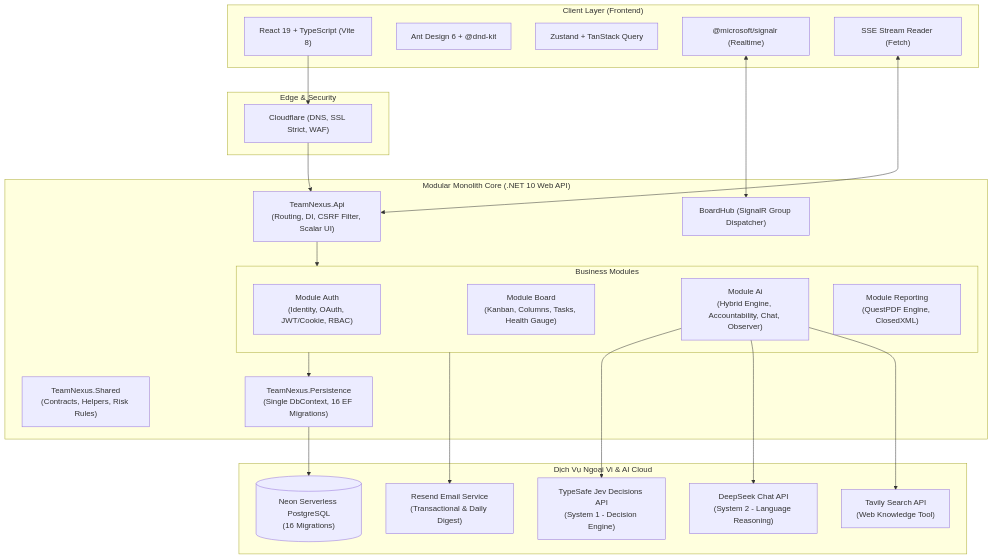
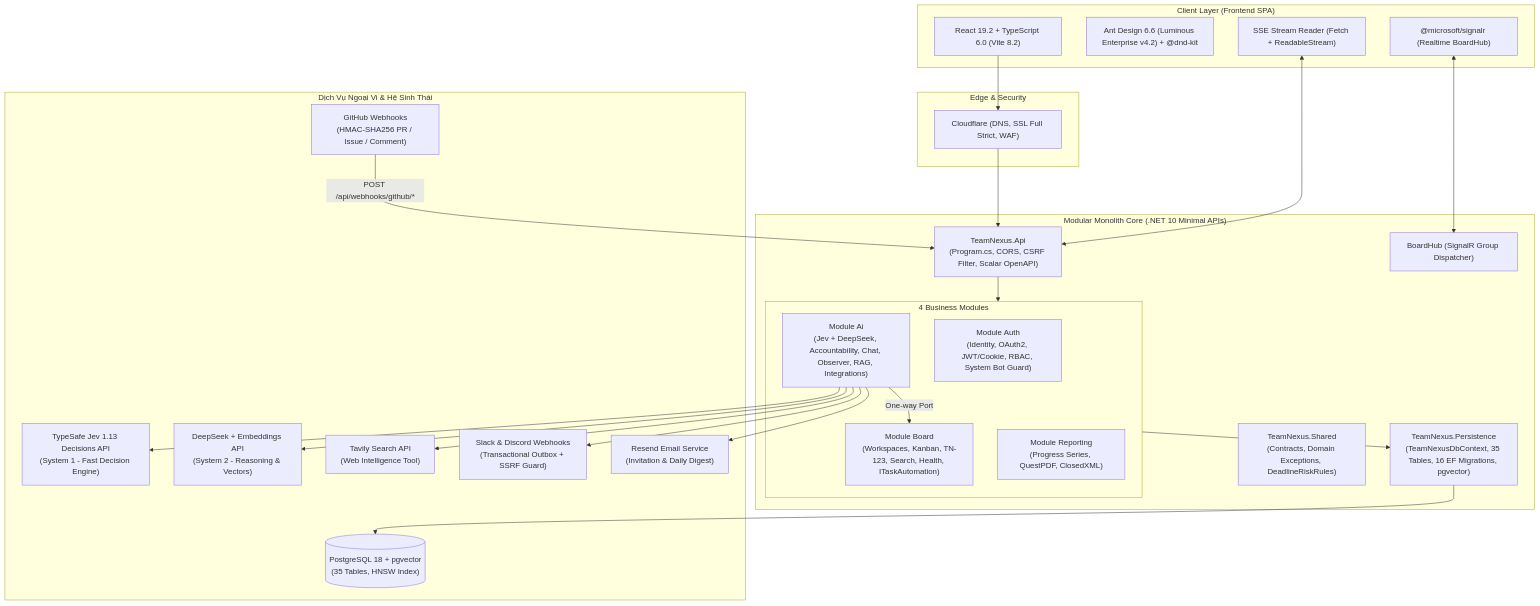
Before and after one commit to Thinh-TT/TeamNexus: the diagram in README.md, drawn with Mermaid. The commit also changed other lines of this file and 41 other files, not shown here.

````diff
--- a/README.md
+++ b/README.md
@@ -122,48 +124,52 @@
 ```mermaid
 flowchart TB
-    subgraph ClientLayer ["Client Layer (Frontend)"]
-        SPA["React 19 + TypeScript (Vite 8)"]
-        UI["Ant Design 6 + @dnd-kit"]
-        Store["Zustand + TanStack Query"]
-        SignalRClient["@microsoft/signalr (Realtime)"]
-        SSEClient["SSE Stream Reader (Fetch)"]
+    subgraph ClientLayer ["Client Layer (Frontend SPA)"]
+        SPA["React 19.2 + TypeScript 6.0 (Vite 8.2)"]
+        UI["Ant Design 6.6 (Luminous Enterprise v4.2) + @dnd-kit"]
+        SignalRClient["@microsoft/signalr (Realtime BoardHub)"]
+        SSEClient["SSE Stream Reader (Fetch + ReadableStream)"]
     end
 
     subgraph Gateway ["Edge & Security"]
-        CF["Cloudflare (DNS, SSL Strict, WAF)"]
+        CF["Cloudflare (DNS, SSL Full Strict, WAF)"]
     end
 
-    subgraph BackendApp ["Modular Monolith Core (.NET 10 Web API)"]
-        API["TeamNexus.Api\n(Routing, DI, CSRF Filter, Scalar UI)"]
+    subgraph BackendApp ["Modular Monolith Core (.NET 10 Minimal APIs)"]
+        API["TeamNexus.Api\n(Program.cs, CORS, CSRF Filter, Scalar OpenAPI)"]
         Hub["BoardHub (SignalR Group Dispatcher)"]
 
-        subgraph Modules ["Business Modules"]
-            AuthMod["Module Auth\n(Identity, OAuth, JWT/Cookie, RBAC)"]
-            BoardMod["Module Board\n(Kanban, Columns, Tasks, Health Gauge)"]
-            AiMod["Module Ai\n(Hybrid Engine, Accountability, Chat, Observer)"]
-            ReportMod["Module Reporting\n(QuestPDF Engine, ClosedXML)"]
+        subgraph Modules ["4 Business Modules"]
+            AuthMod["Module Auth\n(Identity, OAuth2, JWT/Cookie, RBAC, System Bot Guard)"]
+            BoardMod["Module Board\n(Workspaces, Kanban, TN-123, Search, Health, ITaskAutomation)"]
+            AiMod["Module Ai\n(Jev + DeepSeek, Accountability, Chat, Observer, RAG, Integrations)"]
+            ReportMod["Module Reporting\n(Progress Series, QuestPDF, ClosedXML)"]
         end
 
-        Shared["TeamNexus.Shared\n(Contracts, Helpers, Risk Rules)"]
-        Persist["TeamNexus.Persistence\n(Single DbContext, 16 EF Migrations)"]
+        Shared["TeamNexus.Shared\n(Contracts, Domain Exceptions, DeadlineRiskRules)"]
+        Persist["TeamNexus.Persistence\n(TeamNexusDbContext, 35 Tables, 16 EF Migrations, pgvector)"]
     end
 
-    subgraph ExternalServices ["Dịch Vụ Ngoại Vi & AI Cloud"]
-        NeonDB[("Neon Serverless PostgreSQL\n(16 Migrations)")]
-        JevAPI["TypeSafe Jev Decisions API\n(System 1 - Decision Engine)"]
-        DeepSeekAPI["DeepSeek Chat API\n(System 2 - Language Reasoning)"]
-        TavilyAPI["Tavily Search API\n(Web Knowledge Tool)"]
-        ResendAPI["Resend Email Service\n(Transactional & Daily Digest)"]
+    subgraph ExternalServices ["Dịch Vụ Ngoại Vi & Hệ Sinh Thái"]
+        NeonDB[("PostgreSQL 18 + pgvector\n(35 Tables, HNSW Index)")]
+        JevAPI["TypeSafe Jev 1.13 Decisions API\n(System 1 - Fast Decision Engine)"]
+        DeepSeekAPI["DeepSeek + Embeddings API\n(System 2 - Reasoning & Vectors)"]
+        TavilyAPI["Tavily Search API\n(Web Intelligence Tool)"]
+        GitHubHook["GitHub Webhooks\n(HMAC-SHA256 PR / Issue / Comment)"]
+        ChatHooks["Slack & Discord Webhooks\n(Transactional Outbox + SSRF Guard)"]
+        ResendAPI["Resend Email Service\n(Invitation & Daily Digest)"]
     end
 
     SPA --> CF --> API
     SignalRClient <--> Hub
     SSEClient <--> API
+    GitHubHook -->|POST /api/webhooks/github/*| API
 
     API --> Modules
+    AiMod -->|One-way Port| BoardMod
     Modules --> Persist --> NeonDB
     AiMod --> JevAPI
     AiMod --> DeepSeekAPI
     AiMod --> TavilyAPI
-    Modules --> ResendAPI
+    AiMod --> ChatHooks
+    AiMod --> ResendAPI
 ```
````
